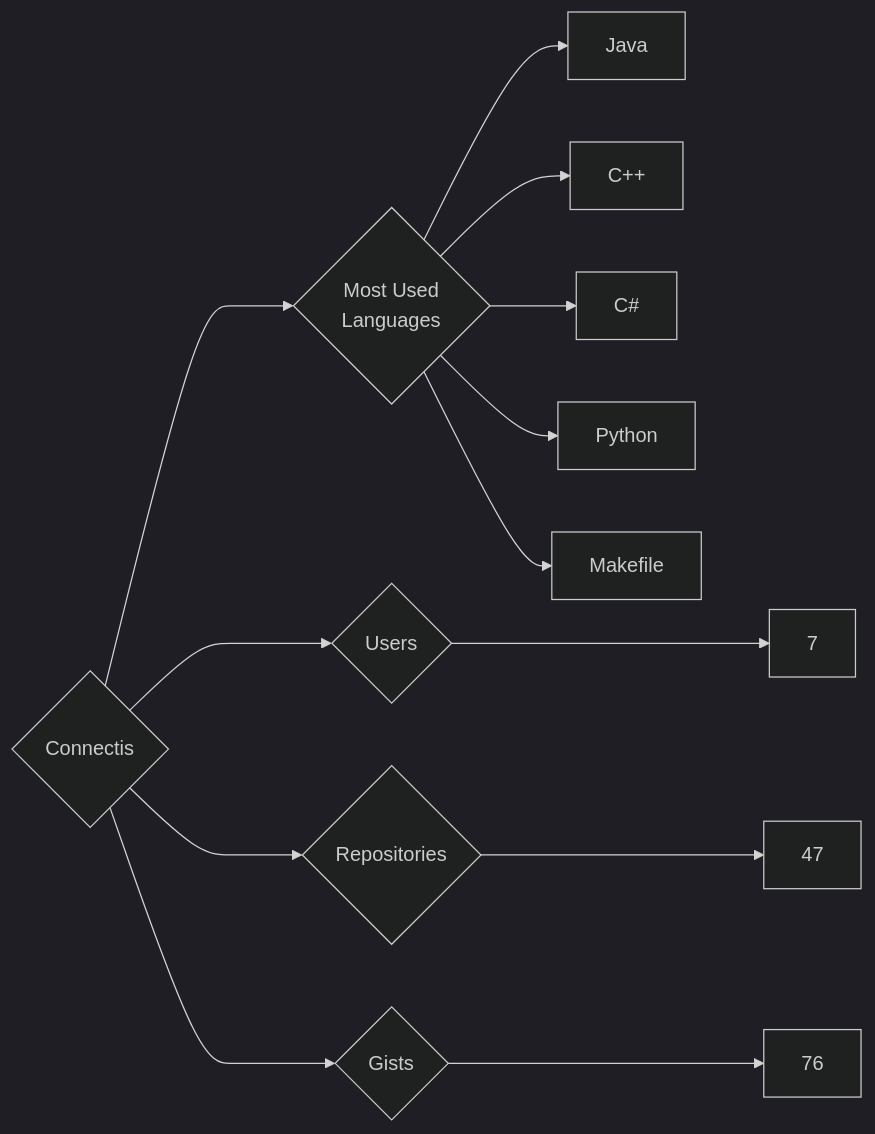
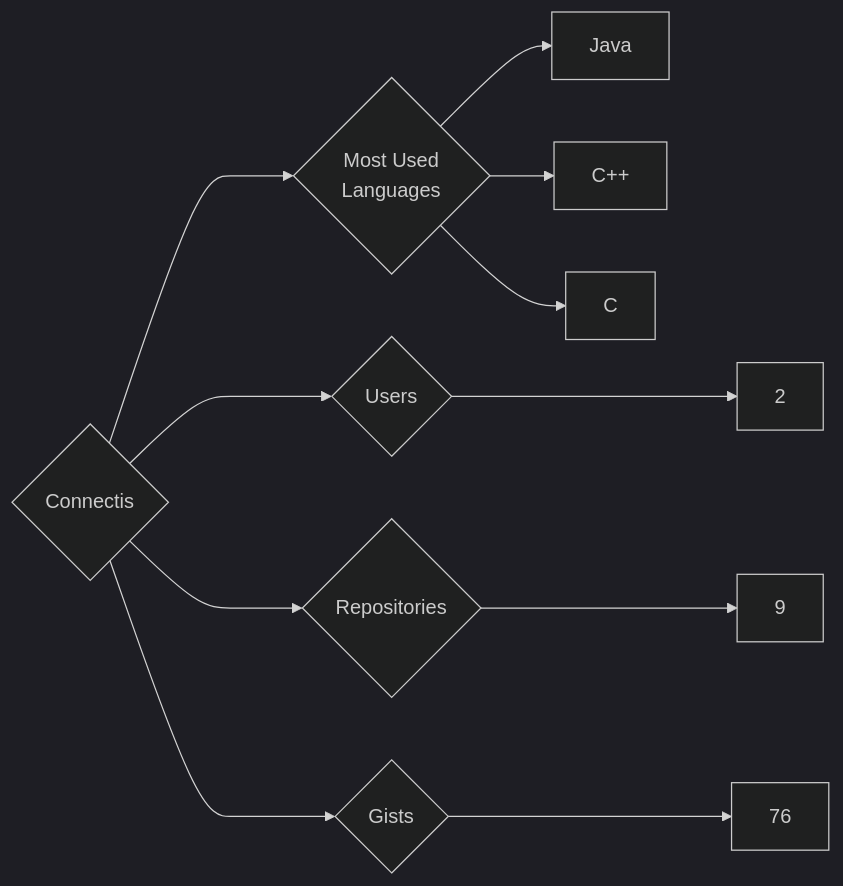
One commit to trickest/insiders changed the diagram in targets/Connectis/README.md. Above: the diagram before and after it, drawn with Mermaid (dark theme). The commit also changed 1020 other files, not shown here.

````diff
--- a/targets/Connectis/README.md
+++ b/targets/Connectis/README.md
@@ -3,13 +3,11 @@
 ```mermaid
 graph LR
 COMPANY_NAME{Connectis}
-COMPANY_NAME ---> U{Users} ---> UN[7]
-COMPANY_NAME ---> R{Repositories} ---> RN[47]
+COMPANY_NAME ---> U{Users} ---> UN[2]
+COMPANY_NAME ---> R{Repositories} ---> RN[9]
 COMPANY_NAME ---> G{Gists} ---> GN[76]
 COMPANY_NAME ---> ML{Most Used<br>Languages}
 ML --> Java[Java]
 ML --> C++[C++]
-ML --> C#[C#]
-ML --> Python[Python]
-ML --> Makefile[Makefile]
+ML --> C[C]
 ```
````
